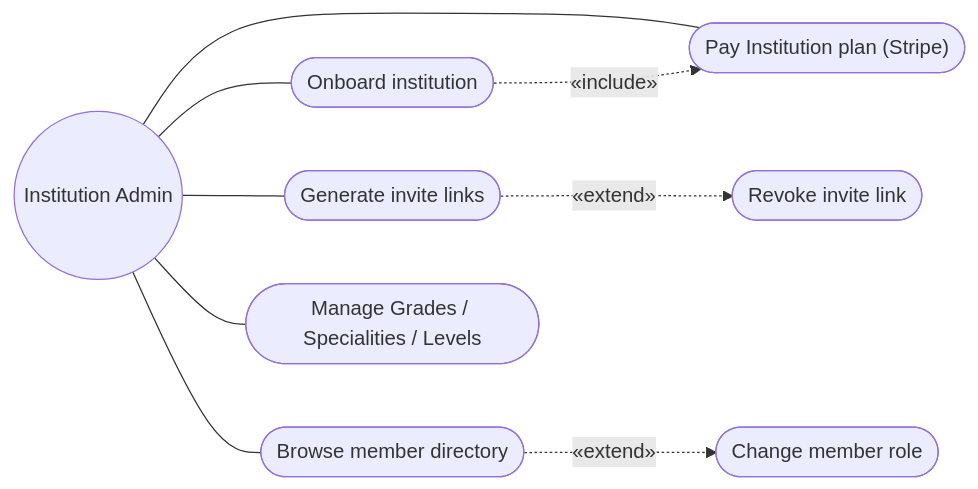
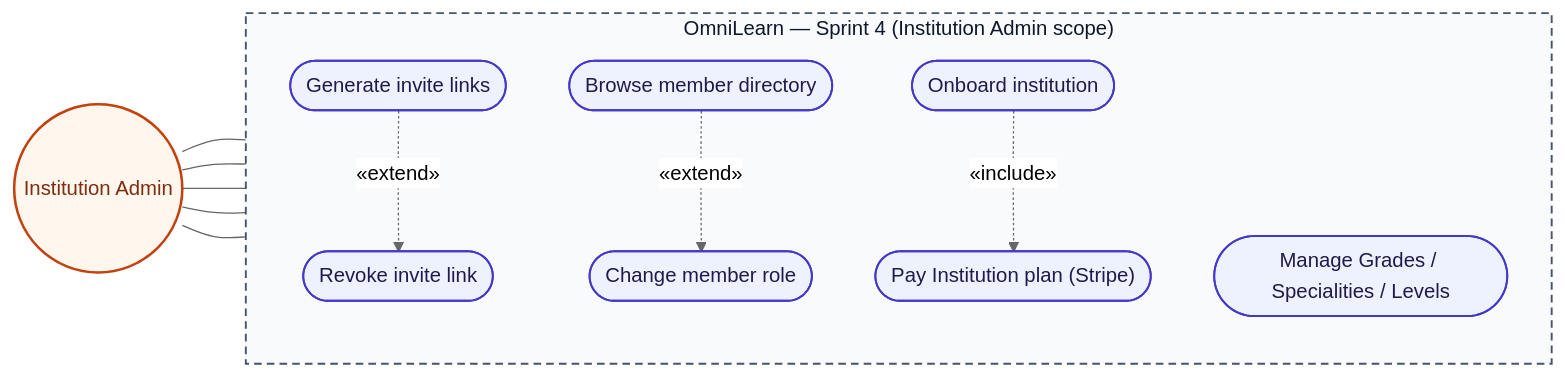
Before and after one commit to MaizaAymen/OmniLearn: the second of 16 diagrams in docs/08_chapitre6_sprint4.md, drawn with Mermaid. The commit also changed other lines of this file and 3 other files, not shown here.

````diff
--- a/docs/08_chapitre6_sprint4.md
+++ b/docs/08_chapitre6_sprint4.md
@@ -107,20 +117,30 @@
 ```mermaid
+%%{init: {"theme":"neutral"} }%%
 flowchart LR
-  IA((Institution Admin))
-  Onb(["Onboard institution"])
-  Inv(["Generate invite links"])
-  Rev(["Revoke invite link"])
-  Dir(["Browse member directory"])
-  Role(["Change member role"])
-  Cur(["Manage Grades / Specialities / Levels"])
-  Pay(["Pay Institution plan (Stripe)"])
+  classDef actor fill:#fff7ed,stroke:#c2410c,stroke-width:2px,color:#7c2d12
+  classDef uc    fill:#eef2ff,stroke:#4338ca,stroke-width:1.5px,color:#1e1b4b
+  classDef sys   fill:#f8fafc,stroke:#475569,stroke-width:1.5px,stroke-dasharray:6 4,color:#0f172a
+
+  IA((Institution Admin)):::actor
+
+  subgraph S["OmniLearn — Sprint 4 (Institution Admin scope)"]
+    direction TB
+    Onb(["Onboard institution"]):::uc
+    Inv(["Generate invite links"]):::uc
+    Rev(["Revoke invite link"]):::uc
+    Dir(["Browse member directory"]):::uc
+    Role(["Change member role"]):::uc
+    Cur(["Manage Grades / Specialities / Levels"]):::uc
+    Pay(["Pay Institution plan (Stripe)"]):::uc
+  end
+  class S sys
 
   IA --- Onb
   IA --- Inv
   IA --- Dir
   IA --- Cur
   IA --- Pay
-  Inv -. "&laquo;extend&raquo;" .-> Rev
-  Dir -. "&laquo;extend&raquo;" .-> Role
-  Onb -. "&laquo;include&raquo;" .-> Pay
+  Inv -. "«extend»" .-> Rev
+  Dir -. "«extend»" .-> Role
+  Onb -. "«include»" .-> Pay
 ```
````
